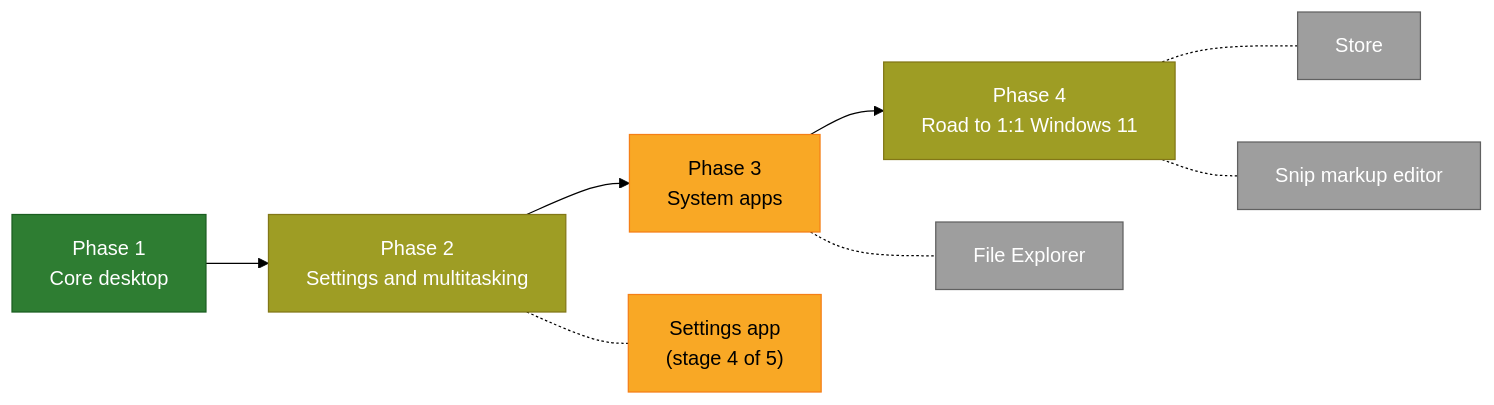
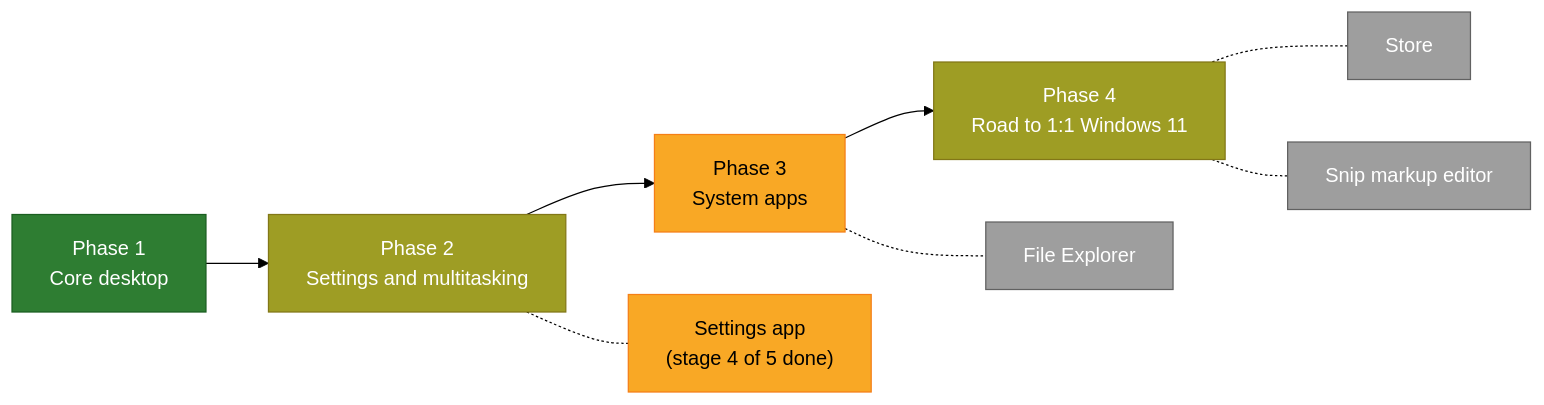
One commit to znraznra/lapin-ux changed the first of 2 diagrams in README.md. Above: the diagram before and after it, drawn with Mermaid (forest theme). The commit also changed other lines of this file and 1 other file, not shown here.

First line of the commit message:
README: Settings stage 4 approved

````diff
--- a/README.md
+++ b/README.md
@@ -72,12 +72,12 @@
 ```mermaid
 flowchart LR
     P1["Phase 1<br/>Core desktop"]:::done --> P2["Phase 2<br/>Settings and multitasking"]:::mostly --> P3["Phase 3<br/>System apps"]:::partly --> P4["Phase 4<br/>Road to 1:1 Windows 11"]:::mostly
-    P2 -.- S["Settings app<br/>(stage 4 of 5)"]:::partly
+    P2 -.- S["Settings app<br/>(stage 4 of 5 done)"]:::partly
     P3 -.- FE["File Explorer"]:::todo
     P4 -.- ST["Store"]:::todo
     P4 -.- MK["Snip markup editor"]:::todo
     classDef done fill:#2e7d32,color:#fff,stroke:#1b5e20
     classDef mostly fill:#9e9d24,color:#fff,stroke:#827717
     classDef partly fill:#f9a825,color:#000,stroke:#f57f17
     classDef todo fill:#9e9e9e,color:#fff,stroke:#616161
 ```
````
